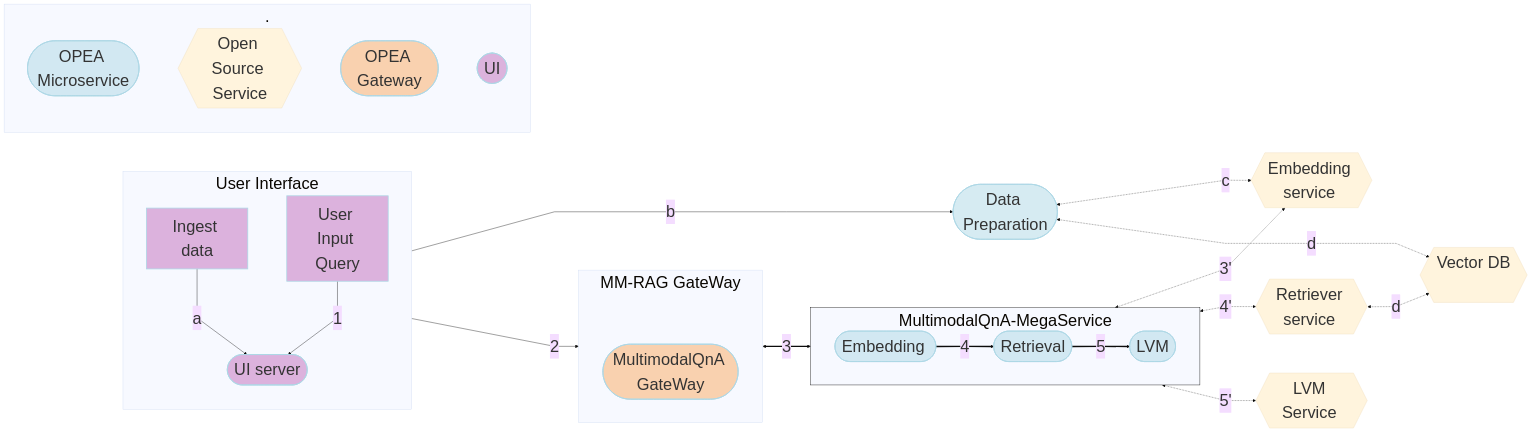
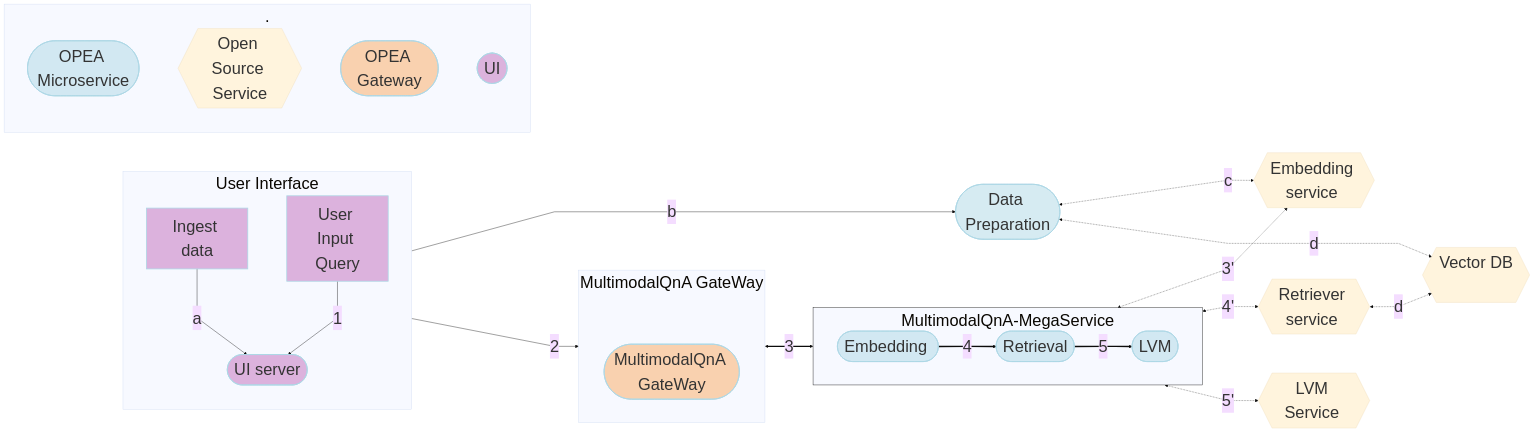
The diagram in MultimodalQnA/README.md (opea-project/GenAIExamples), drawn with Mermaid before and after one commit. The commit also changed other lines of this file and 4 other files, not shown here.

````diff
--- a/MultimodalQnA/README.md
+++ b/MultimodalQnA/README.md
@@ -13,80 +13,80 @@
 ```mermaid
 ---
 config:
   flowchart:
     nodeSpacing: 100
     rankSpacing: 100
     curve: linear
   theme: base
   themeVariables:
     fontSize: 42px
 ---
 flowchart LR
     %% Colors %%
     classDef blue fill:#ADD8E6,stroke:#ADD8E6,stroke-width:2px,fill-opacity:0.5
     classDef orange fill:#FBAA60,stroke:#ADD8E6,stroke-width:2px,fill-opacity:0.5
     classDef orchid fill:#C26DBC,stroke:#ADD8E6,stroke-width:2px,fill-opacity:0.5
     classDef invisible fill:transparent,stroke:transparent;
     style MultimodalQnA-MegaService stroke:#000000
     %% Subgraphs %%
     subgraph MultimodalQnA-MegaService["MultimodalQnA-MegaService"]
         direction LR
         EM([Embedding <br>]):::blue
         RET([Retrieval <br>]):::blue
         LVM([LVM <br>]):::blue
     end
     subgraph User Interface
         direction TB
         a([User Input Query]):::orchid
         Ingest([Ingest data]):::orchid
         UI([UI server<br>]):::orchid
     end
-    subgraph MM-RAG GateWay
+    subgraph MultimodalQnA GateWay
         direction LR
         invisible1[ ]:::invisible
         GW([MultimodalQnA GateWay<br>]):::orange
     end
     subgraph .
         X([OPEA Microservice]):::blue
         Y{{Open Source Service}}
         Z([OPEA Gateway]):::orange
         Z1([UI]):::orchid
     end
 
     TEI_EM{{Embedding service <br>}}
     VDB{{Vector DB<br><br>}}
     R_RET{{Retriever service <br>}}
     DP([Data Preparation<br>]):::blue
     LVM_gen{{LVM Service <br>}}
 
     %% Data Preparation flow
     %% Ingest data flow
     direction LR
     Ingest[Ingest data] -->|a| UI
     UI -->|b| DP
     DP <-.->|c| TEI_EM
 
     %% Questions interaction
     direction LR
     a[User Input Query] -->|1| UI
     UI -->|2| GW
     GW <==>|3| MultimodalQnA-MegaService
     EM ==>|4| RET
     RET ==>|5| LVM
 
 
     %% Embedding service flow
     direction TB
     EM <-.->|3'| TEI_EM
     RET <-.->|4'| R_RET
     LVM <-.->|5'| LVM_gen
 
     direction TB
     %% Vector DB interaction
     R_RET <-.->|d|VDB
     DP <-.->|d|VDB
 
 
 
 
 ```
````
